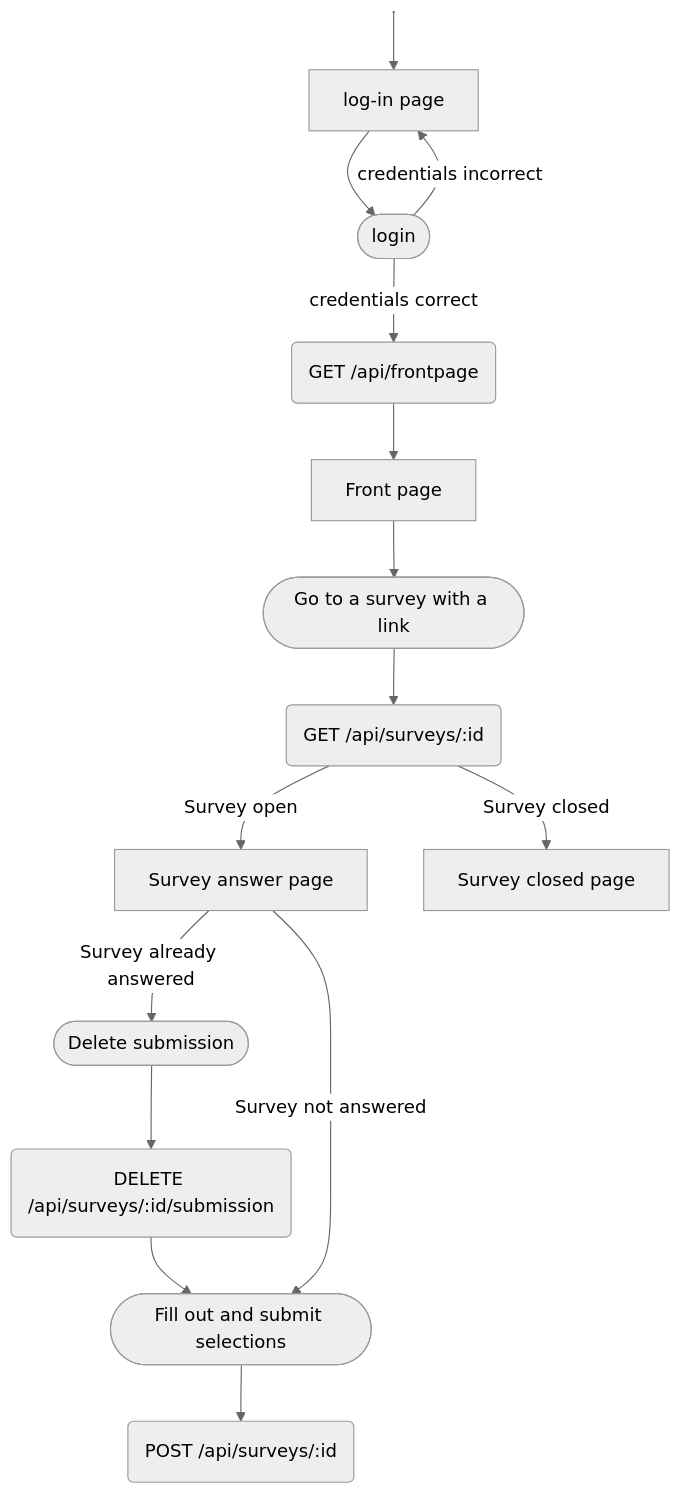
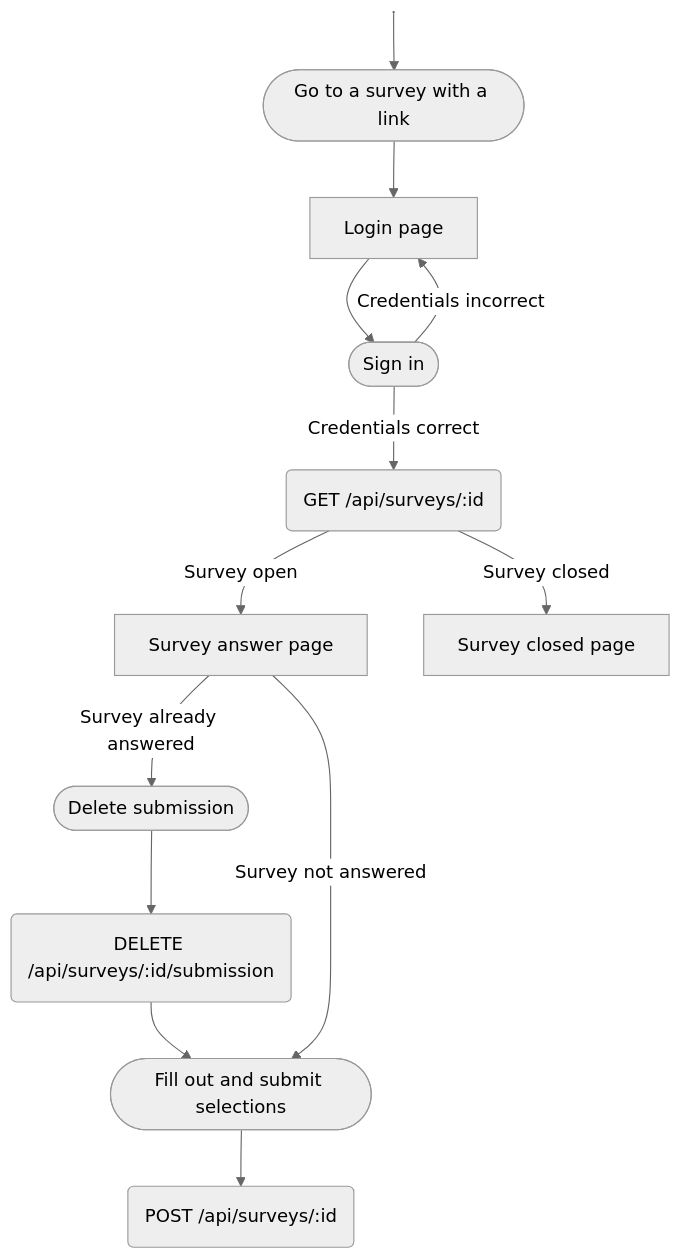
Before and after one commit to piryopt/pienryhmien-optimointi: the third of 3 diagrams in docs-2.0/process_flow_chart.md, drawn with Mermaid (neutral theme). The commit also changed other lines of this file, not shown here.

Commit message:
Minor updates to flowcharts

````diff
--- a/docs-2.0/process_flow_chart.md
+++ b/docs-2.0/process_flow_chart.md
@@ -87,19 +86,17 @@
 ```mermaid
 flowchart TB
-    A["log-in page"] --> B(["login"])
-    B -- credentials incorrect --> A
-    B -- credentials correct --> E("GET /api/frontpage")
-    E --> F["Front page"]
-    F --> G(["Go to a survey with a link"])
-    G --> I("GET /api/surveys/:id")
-    I -- Survey open --> n2["Survey answer page"]
+    A["Login page"] --> B(["Sign in"])
+    B -- Credentials incorrect --> A
+    G(["Go to a survey with a link"]) --> A
+    I("GET /api/surveys/:id") -- Survey open --> n2["Survey answer page"]
     I -- Survey closed --> L["Survey closed page"]
     P("DELETE /api/surveys/:id/submission") --> Q(["Fill out and submit selections"])
-    n1["Rectangle"] --> A
     n2 -- Survey not answered --> Q
     n2 -- Survey already answered --> n3(["Delete submission"])
     n3 --> P
     Q --> S("POST /api/surveys/:id")
+    n4["Anchor"] --> G
+    B -- "<span style=padding-left:>Credentials correct</span>" --> I
 
-    n1@{ shape: anchor}
+    n4@{ shape: anchor}
 ```
````
